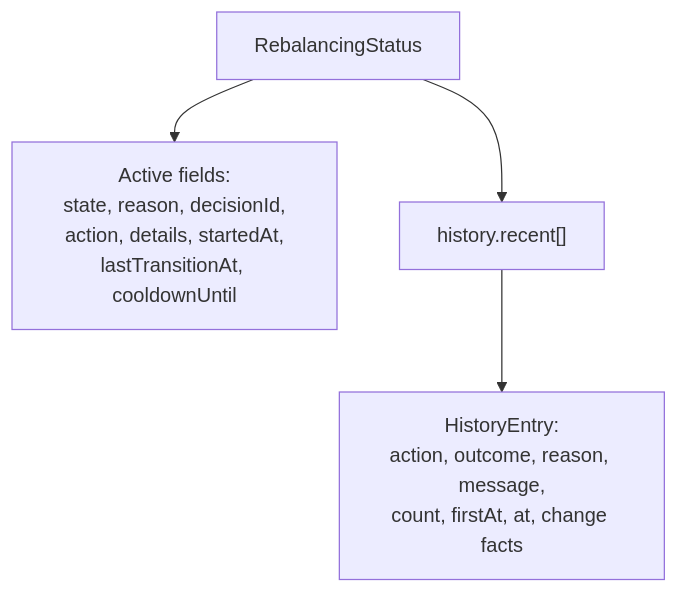
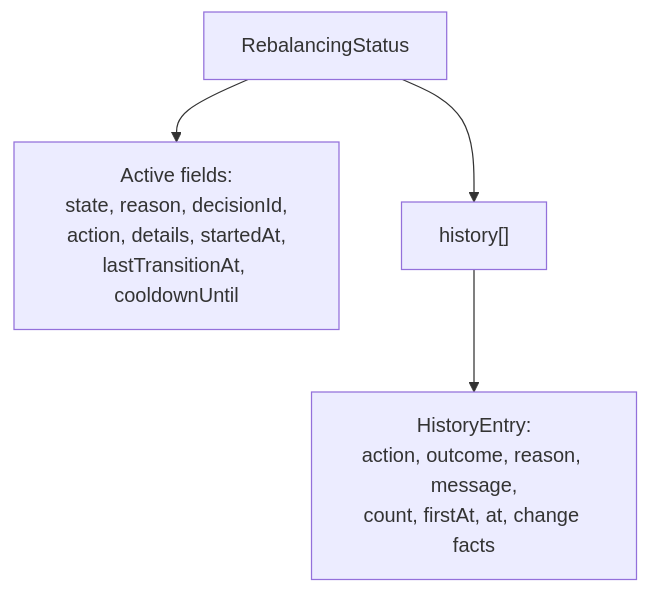
One commit to HIRO-MicroDataCenters-BV/hiro-adaptive-orchestrator changed diagram 21 of 35 in internal/rebalance/README.md. Above: the diagram before and after it, drawn with Mermaid. The commit also changed other lines of this file and 21 other files, not shown here.

Commit message:
Replace recentDecisions with a flat windowed history in status and the agent request, make applicationRef immutable, clear stale escalatedReason, drop the outcome enum, and migrate old-shape history

````diff
--- a/internal/rebalance/README.md
+++ b/internal/rebalance/README.md
@@ -1161,6 +1161,6 @@
 ```mermaid
 flowchart TD
     RS["RebalancingStatus"] --> Active["Active fields:<br/>state, reason, decisionId,<br/>action, details, startedAt,<br/>lastTransitionAt, cooldownUntil"]
-    RS --> RD["history.recent[]"]
+    RS --> RD["history[]"]
     RD --> RDF["HistoryEntry:<br/>action, outcome, reason, message,<br/>count, firstAt, at, change facts"]
 ```
````
